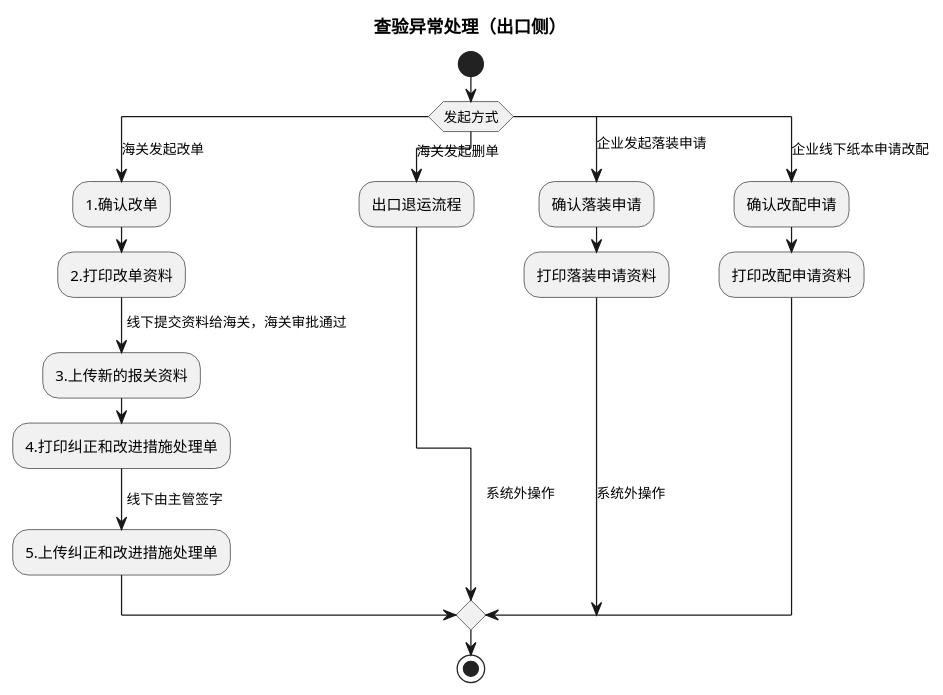
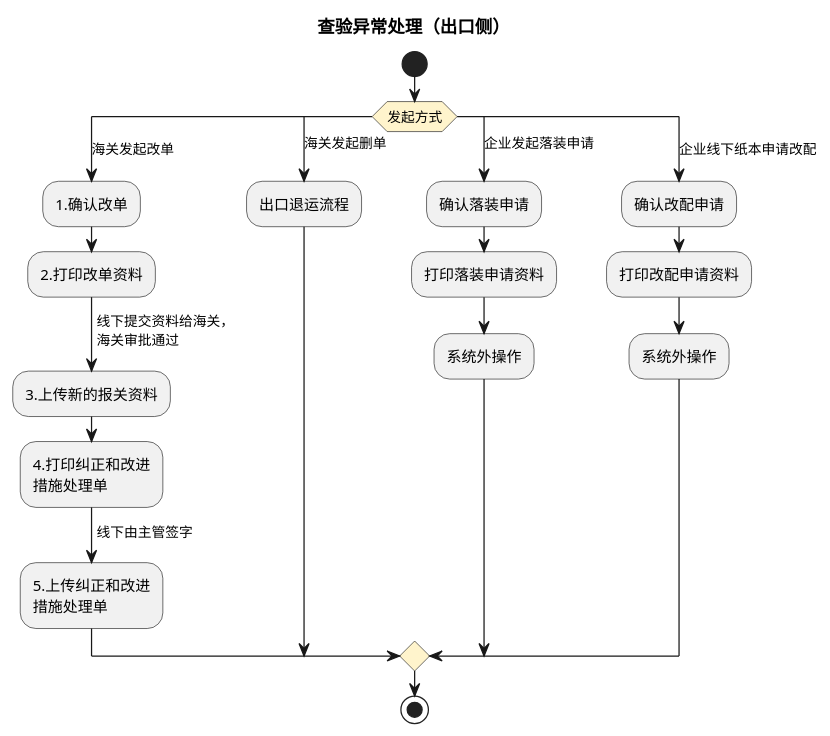
Before and after one commit to jack888332/projects-doc: the sixth of 7 diagrams in product-caliber/goldjet/segmented-prd/mainflow/PRD.高捷物流系统一期.主流程.09.异常处理流程.md, drawn with PlantUML. The commit also changed other lines of this file and 20 other files, not shown here.

Commit message:
优化流程表对应的DLS图

````diff
--- a/product-caliber/goldjet/segmented-prd/mainflow/PRD.高捷物流系统一期.主流程.09.异常处理流程.md
+++ b/product-caliber/goldjet/segmented-prd/mainflow/PRD.高捷物流系统一期.主流程.09.异常处理流程.md
@@ -120,27 +133,28 @@
 ```plantuml
-@startuml
+@startuml goldjet-mainflow-09-9648187c-04
+skinparam activityDiamondBackgroundColor #FFF4CC
 title 查验异常处理（出口侧）
 start
 switch (发起方式)
 case (海关发起改单)
   :1.确认改单;
   :2.打印改单资料;
-  -> 线下提交资料给海关，海关审批通过;
+  -> 线下提交资料给海关，\n海关审批通过;
   :3.上传新的报关资料;
-  :4.打印纠正和改进措施处理单;
+  :4.打印纠正和改进\n措施处理单;
   -> 线下由主管签字;
-  :5.上传纠正和改进措施处理单;
+  :5.上传纠正和改进\n措施处理单;
 case (海关发起删单)
   :出口退运流程;
 case (企业发起落装申请)
   :确认落装申请;
   :打印落装申请资料;
-  -> 系统外操作;
+  :系统外操作;
 case (企业线下纸本申请改配)
   :确认改配申请;
   :打印改配申请资料;
-  -> 系统外操作;
+  :系统外操作;
 endswitch
 stop
 @enduml
 ```
````
